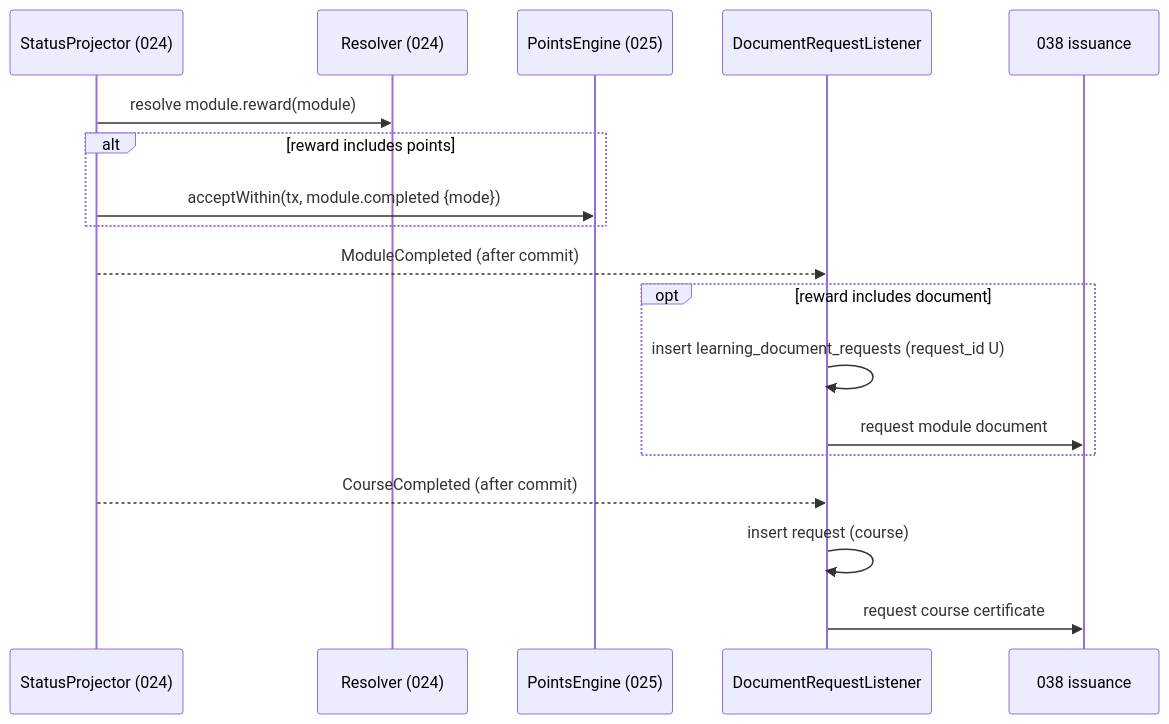
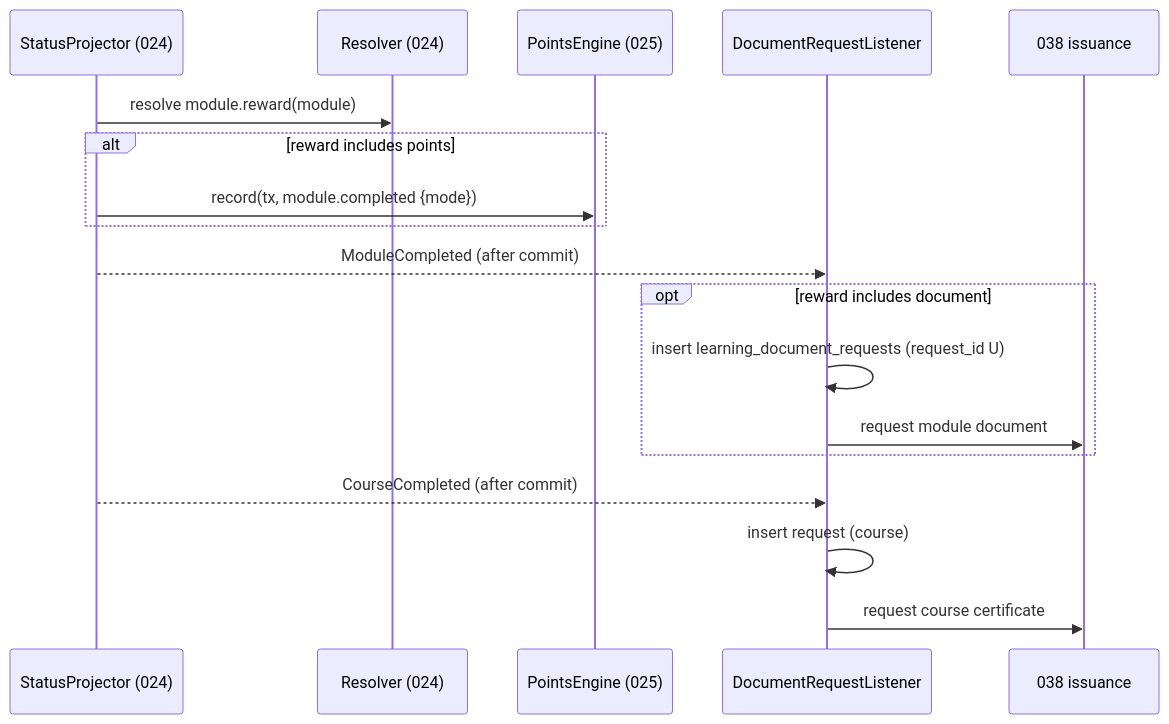
Before and after one commit to doctor-school/ds-platform: the third of 4 diagrams in apps/docs/content/specs/features/023-school-and-course/023-design.md, drawn with Mermaid. The commit also changed other lines of this file and 7 other files, not shown here.

````diff
--- a/apps/docs/content/specs/features/023-school-and-course/023-design.md
+++ b/apps/docs/content/specs/features/023-school-and-course/023-design.md
@@ -79,19 +79,19 @@
 ```mermaid
 sequenceDiagram
   participant P as StatusProjector (024)
   participant R as Resolver (024)
   participant E as PointsEngine (025)
   participant L as DocumentRequestListener
   participant O as 038 issuance
   P->>R: resolve module.reward(module)
   alt reward includes points
-    P->>E: acceptWithin(tx, module.completed {mode})
+    P->>E: record(tx, module.completed {mode})
   end
   P-->>L: ModuleCompleted (after commit)
   opt reward includes document
     L->>L: insert learning_document_requests (request_id U)
     L->>O: request module document
   end
   P-->>L: CourseCompleted (after commit)
   L->>L: insert request (course) ; L->>O: request course certificate
 ```
````
